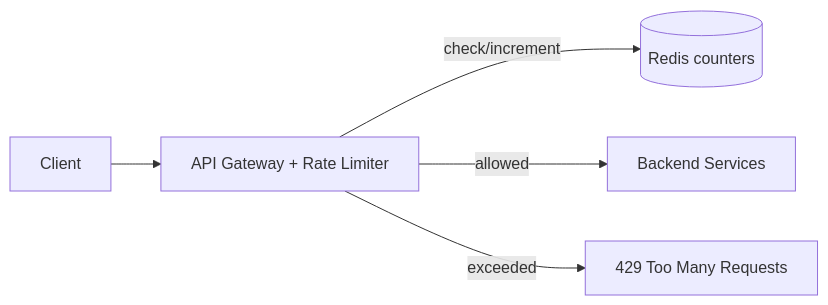
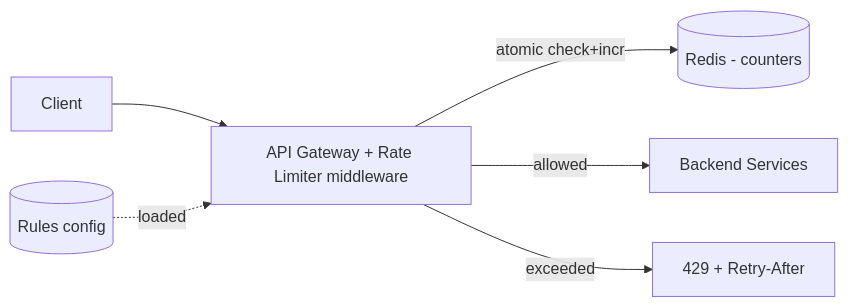
The first of 2 diagrams in system-design/2-case-studies/rate-limiter.md (hiepgithub2001/swedocs), drawn with Mermaid before and after one commit. The commit also changed other lines of this file and 12 other files, not shown here.

Commit message:
Expand all 13 case studies with deeper detail (clarifying Qs, estimation math, schemas, more deep dives & diagrams)

````diff
--- a/system-design/2-case-studies/rate-limiter.md
+++ b/system-design/2-case-studies/rate-limiter.md
@@ -21,7 +32,8 @@
 ```mermaid
 flowchart LR
-    C[Client] --> GW[API Gateway + Rate Limiter]
-    GW -->|check/increment| R[(Redis counters)]
+    C[Client] --> GW[API Gateway + Rate Limiter middleware]
+    GW -->|atomic check+incr| R[(Redis - counters)]
     GW -->|allowed| S[Backend Services]
-    GW -->|exceeded| X[429 Too Many Requests]
+    GW -->|exceeded| X[429 + Retry-After]
+    Cfg[(Rules config)] -. loaded .-> GW
 ```
````
